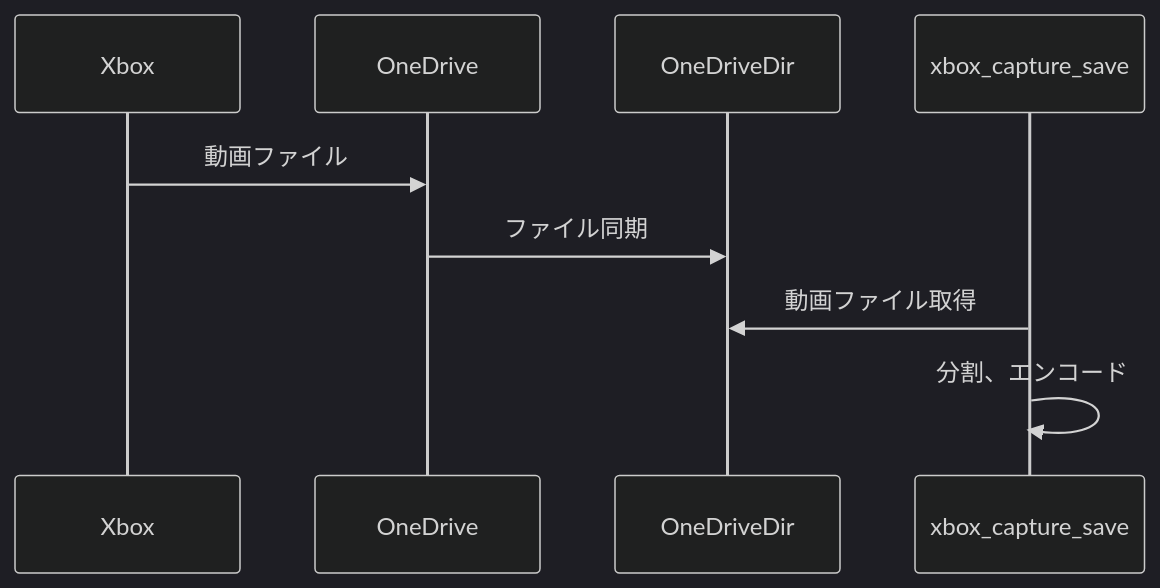
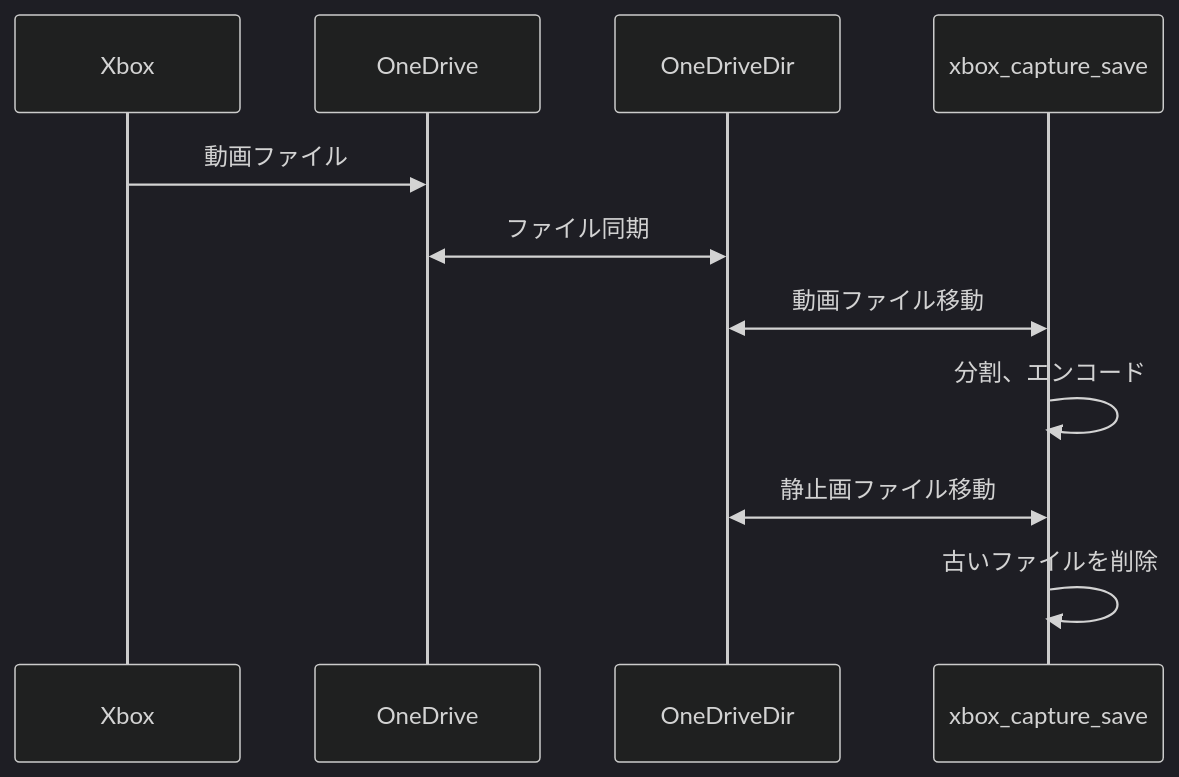
The diagram in README.md (daenomo/xbox_capture_save), drawn with Mermaid (dark theme) before and after one commit.

````diff
--- a/README.md
+++ b/README.md
@@ -10,7 +10,9 @@
 ```mermaid
 sequenceDiagram
     Xbox ->> OneDrive : 動画ファイル
-    OneDrive ->> OneDriveDir : ファイル同期
-    xbox_capture_save ->> OneDriveDir : 動画ファイル取得
+    OneDrive <<->> OneDriveDir : ファイル同期
+    xbox_capture_save <<->> OneDriveDir : 動画ファイル移動
     xbox_capture_save ->> xbox_capture_save : 分割、エンコード
+    xbox_capture_save <<->> OneDriveDir : 静止画ファイル移動
+    xbox_capture_save ->> xbox_capture_save : 古いファイルを削除
 ```
````
